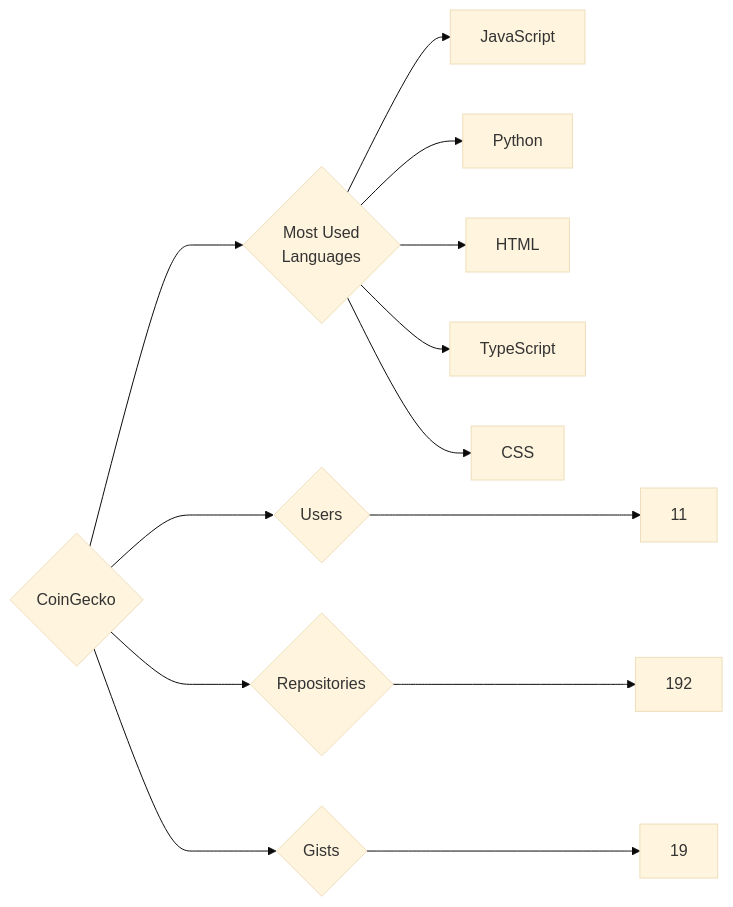
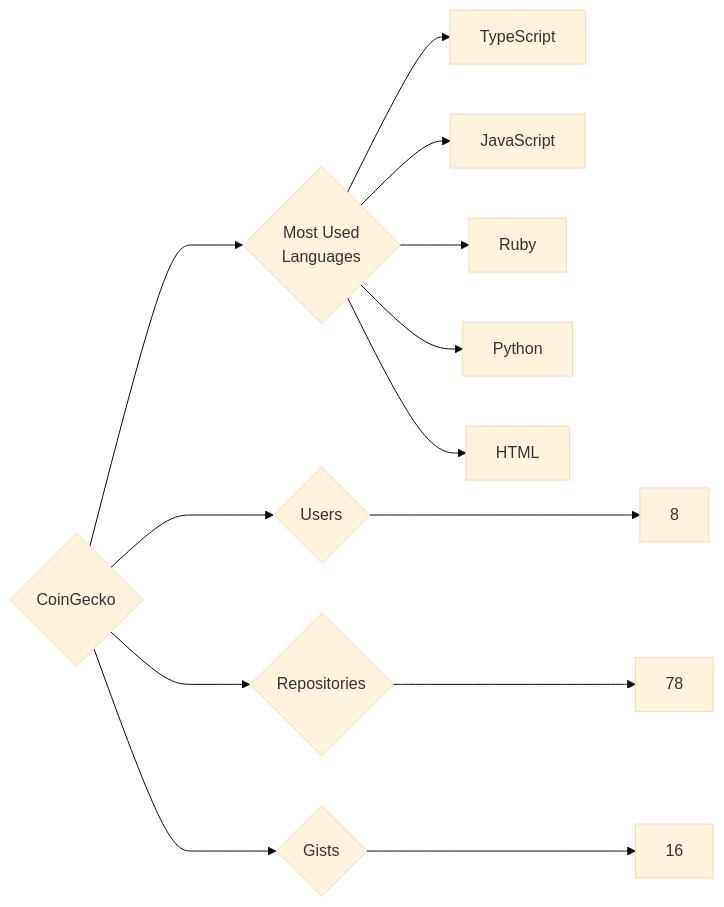
One commit to trickest/insiders changed the diagram in targets/CoinGecko/README.md. Above: the diagram before and after it, drawn with Mermaid (base theme). The commit also changed 1141 other files, not shown here.

````diff
--- a/targets/CoinGecko/README.md
+++ b/targets/CoinGecko/README.md
@@ -3,13 +3,13 @@
 ```mermaid
 graph LR
 COMPANY_NAME{CoinGecko}
-COMPANY_NAME ---> U{Users} ---> UN[11]
-COMPANY_NAME ---> R{Repositories} ---> RN[192]
-COMPANY_NAME ---> G{Gists} ---> GN[19]
+COMPANY_NAME ---> U{Users} ---> UN[8]
+COMPANY_NAME ---> R{Repositories} ---> RN[78]
+COMPANY_NAME ---> G{Gists} ---> GN[16]
 COMPANY_NAME ---> ML{Most Used<br>Languages}
+ML --> TypeScript[TypeScript]
 ML --> JavaScript[JavaScript]
+ML --> Ruby[Ruby]
 ML --> Python[Python]
 ML --> HTML[HTML]
-ML --> TypeScript[TypeScript]
-ML --> CSS[CSS]
 ```
````
